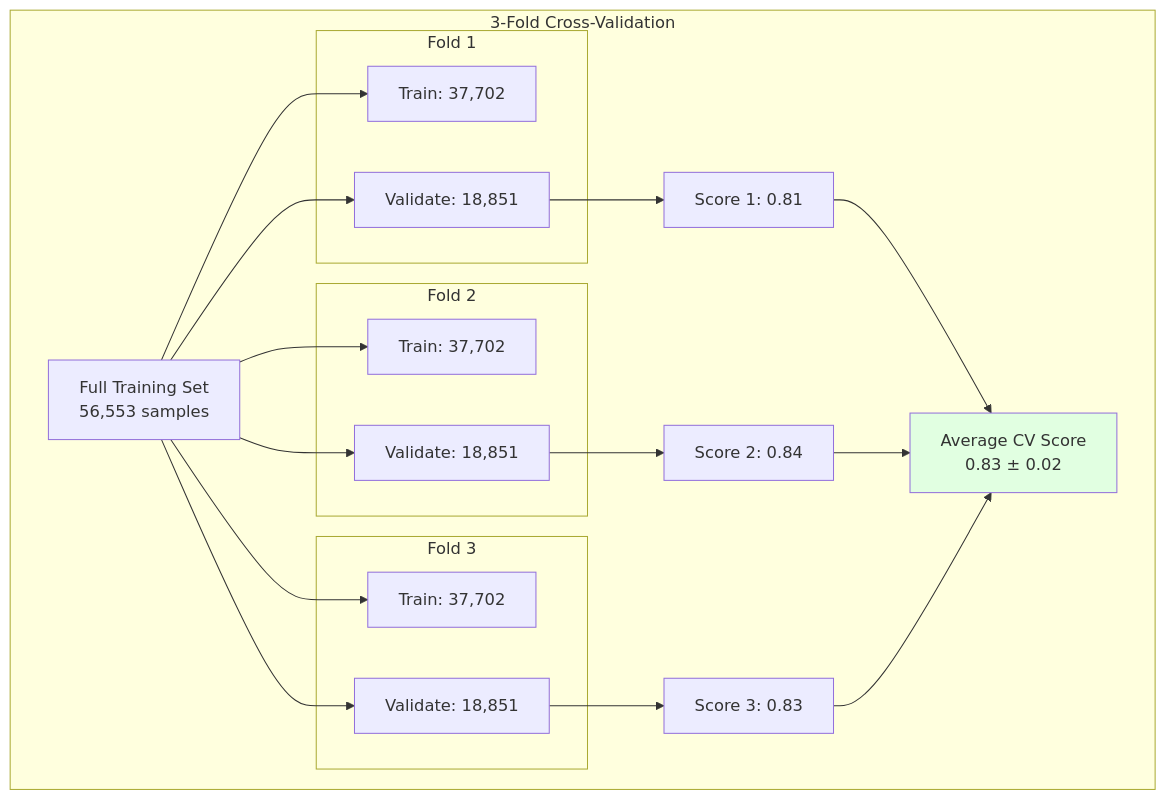
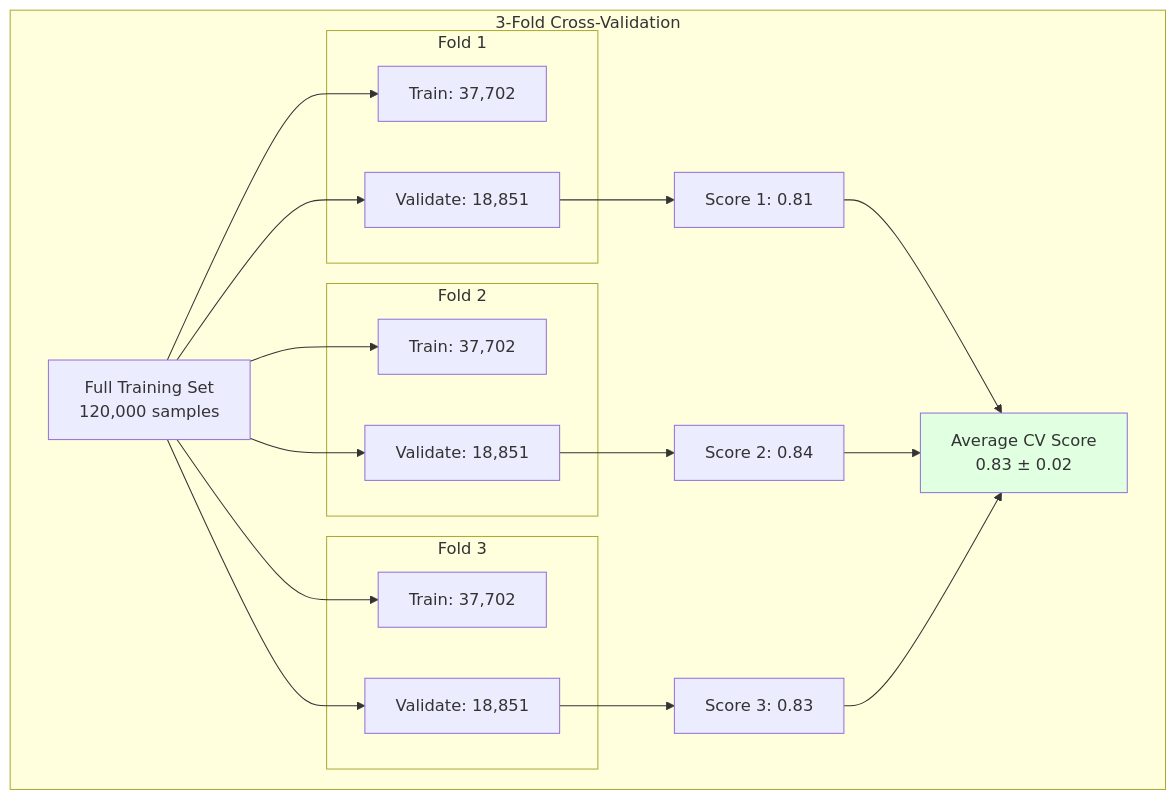
Before and after one commit to SAMI-CODEAI/Diabeties: diagram 14 of 14 in NOTES/PROJECT_METHODOLOGY.md, drawn with Mermaid. The commit also changed other lines of this file and 22 other files, not shown here.

Commit message:
reasearch,flowchart,notes-update-current version-18/03/2026

````diff
--- a/NOTES/PROJECT_METHODOLOGY.md
+++ b/NOTES/PROJECT_METHODOLOGY.md
@@ -1163,38 +1163,38 @@
 ```mermaid
 graph TB
     subgraph "3-Fold Cross-Validation"
-        A[Full Training Set<br/>56,553 samples]
+        A[Full Training Set<br/>120,000 samples]
         
         subgraph "Fold 1"
             B1[Train: 37,702]
             B2[Validate: 18,851]
         end
         
         subgraph "Fold 2"
             C1[Train: 37,702]
             C2[Validate: 18,851]
         end
         
         subgraph "Fold 3"
             D1[Train: 37,702]
             D2[Validate: 18,851]
         end
         
         A --> B1
         A --> B2
         A --> C1
         A --> C2
         A --> D1
         A --> D2
         
         B2 --> E[Score 1: 0.81]
         C2 --> F[Score 2: 0.84]
         D2 --> G[Score 3: 0.83]
         
         E --> H[Average CV Score<br/>0.83 ± 0.02]
         F --> H
         G --> H
     end
     
     style H fill:#e1ffe1
 ```
````
